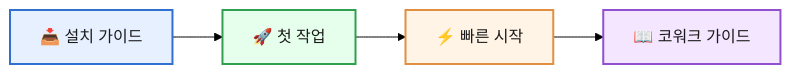
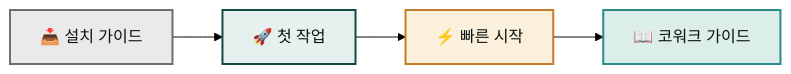
Before and after one commit to modu-ai/claude: the diagram in content/getting-started/_index.md, drawn with Mermaid (forest theme). The commit also changed 97 other files, not shown here.

First line of the commit message:
style(docs-site): mermaid 색상 브랜드 정합 + 라이트 테마 단일화

````diff
--- a/content/getting-started/_index.md
+++ b/content/getting-started/_index.md
@@ -11,11 +11,11 @@
 ```mermaid
 flowchart LR
     A["📥 설치 가이드"] --> B["🚀 첫 작업"]
     B --> C["⚡ 빠른 시작"]
     C --> D["📖 코워크 가이드"]
 
-    style A fill:#e6f0ff,stroke:#3070d0,stroke-width:2px,color:#1a1a1a
-    style B fill:#e6ffec,stroke:#30a050,stroke-width:2px,color:#1a1a1a
-    style C fill:#fff4e6,stroke:#e09040,stroke-width:2px,color:#1a1a1a
-    style D fill:#f5e6ff,stroke:#9050d0,stroke-width:2px,color:#1a1a1a
+    style A fill:#eaeaea,stroke:#6e6e6e,stroke-width:2px,color:#09110f
+    style B fill:#e6f0ef,stroke:#144a46,stroke-width:2px,color:#09110f
+    style C fill:#fbf0dc,stroke:#c47b2a,stroke-width:2px,color:#09110f
+    style D fill:#dceee9,stroke:#2a8a8c,stroke-width:2px,color:#09110f
 ```
````
